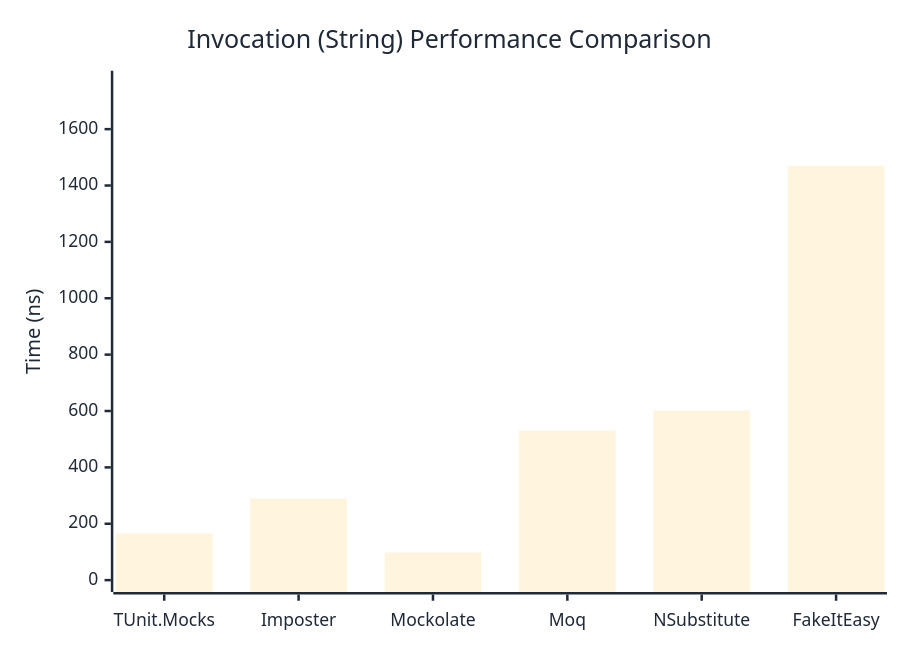
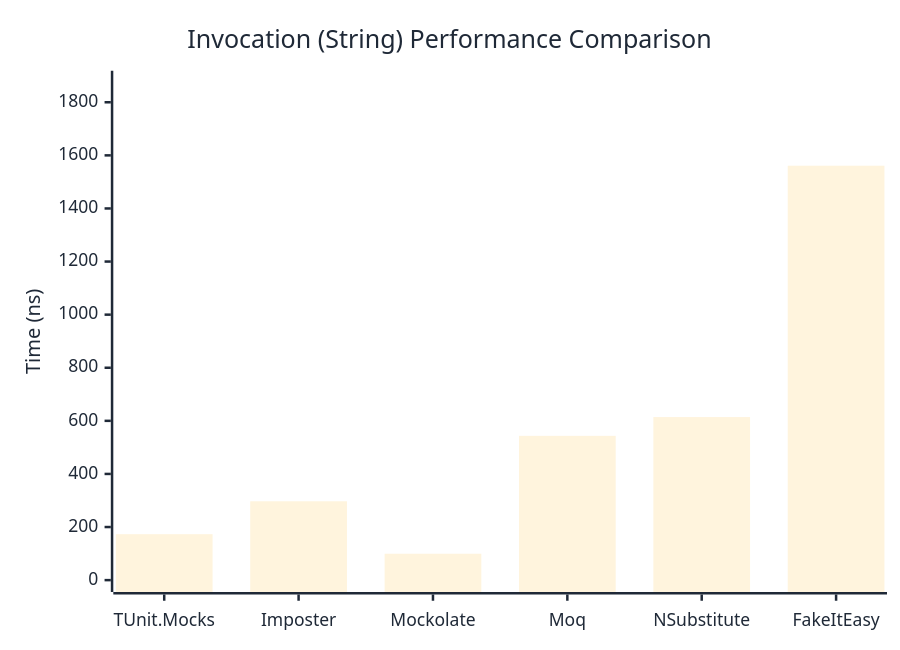
Before and after one commit to thomhurst/TUnit: the second of 3 diagrams in docs/docs/benchmarks/mocks/Invocation.md, drawn with Mermaid. The commit also changed other lines of this file and 14 other files, not shown here.

````diff
--- a/docs/docs/benchmarks/mocks/Invocation.md
+++ b/docs/docs/benchmarks/mocks/Invocation.md
@@ -71,27 +71,27 @@
 ```mermaid
 %%{init: {
   'theme':'base',
   'themeVariables': {
     'primaryColor': '#2563eb',
     'primaryTextColor': '#1f2937',
     'primaryBorderColor': '#1e40af',
     'lineColor': '#6b7280',
     'secondaryColor': '#7c3aed',
     'tertiaryColor': '#dc2626',
     'background': '#ffffff',
     'pie1': '#2563eb',
     'pie2': '#7c3aed',
     'pie3': '#dc2626',
     'pie4': '#f59e0b',
     'pie5': '#10b981',
     'pie6': '#06b6d4',
     'pie7': '#ec4899',
     'pie8': '#6366f1'
   }
 }}%%
 xychart-beta
   title "Invocation (String) Performance Comparison"
   x-axis ["TUnit.Mocks", "Imposter", "Mockolate", "Moq", "NSubstitute", "FakeItEasy"]
-  y-axis "Time (ns)" 0 --> 1765
-  bar [165.74, 289.58, 98.14, 531.02, 601.77, 1470.23]
+  y-axis "Time (ns)" 0 --> 1874
+  bar [172.98, 297.06, 99.47, 543.52, 614.2, 1561.06]
 ```
````
